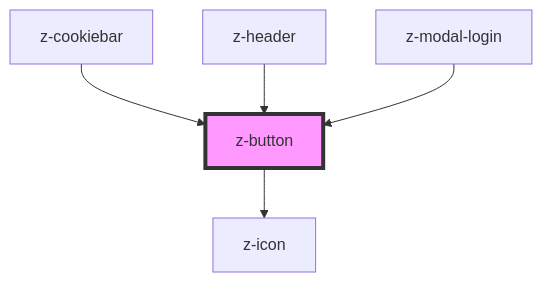
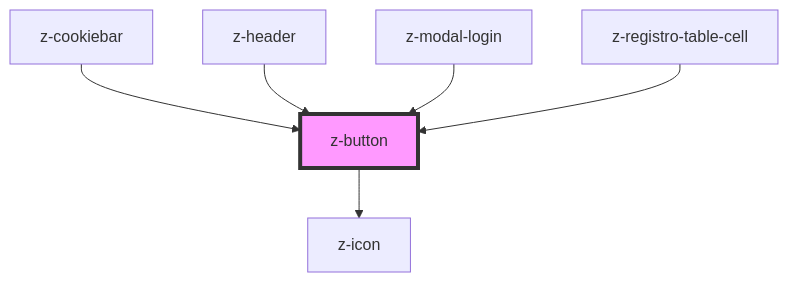
Before and after one commit to ZanichelliEditore/design-system: the diagram in src/components/buttons/z-button/readme.md, drawn with Mermaid. The commit also changed other lines of this file and 2 other files, not shown here.

Commit message:
fix(CLAV-70): minor fix

````diff
--- a/src/components/buttons/z-button/readme.md
+++ b/src/components/buttons/z-button/readme.md
@@ -66,8 +67,9 @@
 ```mermaid
 graph TD;
   z-button --> z-icon
   z-cookiebar --> z-button
   z-header --> z-button
   z-modal-login --> z-button
+  z-registro-table-cell --> z-button
   style z-button fill:#f9f,stroke:#333,stroke-width:4px
 ```
````
